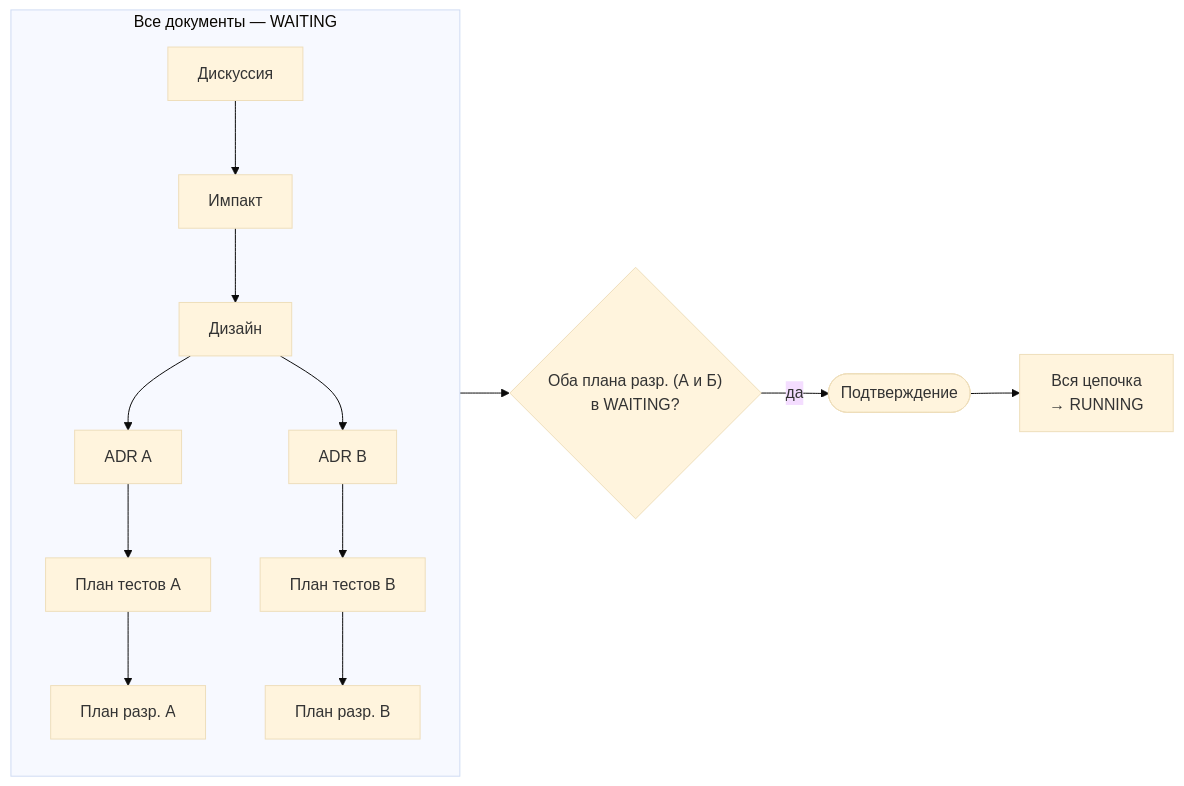
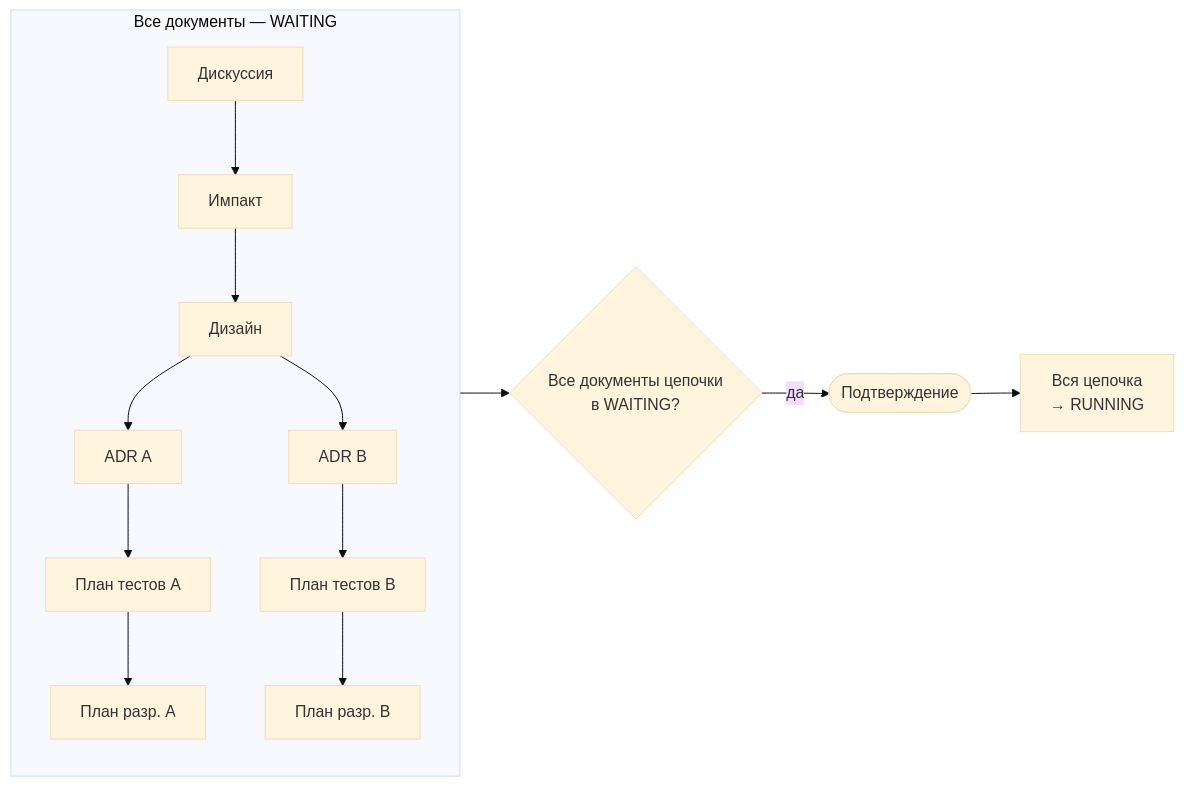
Before and after one commit to NSEvteev/FullSpec: the second of 5 diagrams in specs/.instructions/standard-specs-reference.md, drawn with Mermaid (base theme). The commit also changed other lines of this file and 1 other file, not shown here.

First line of the commit message:
docs: реструктуризация Справочника SDD — §3 последовательность статусов, §4 живые документы с подсекциями

````diff
--- a/specs/.instructions/standard-specs-reference.md
+++ b/specs/.instructions/standard-specs-reference.md
@@ -171,15 +179,15 @@
 ```mermaid
 graph LR
     subgraph chain["Все документы — WAITING"]
         direction TB
         D["Дискуссия"] --> I["Импакт"] --> DE["Дизайн"]
         DE --> A1["ADR A"] --> T1["План тестов A"] --> P1["План разр. A"]
         DE --> A2["ADR B"] --> T2["План тестов B"] --> P2["План разр. B"]
     end
 
-    CHECK{"Оба плана разр. (А и Б) <br/>в WAITING?"}
+    CHECK{"Все документы цепочки<br/>в WAITING?"}
     CONFIRM(["Подтверждение"])
     RESULT["Вся цепочка<br/>→ RUNNING"]
 
     chain --> CHECK -- "да" --> CONFIRM --> RESULT
 ```
````
